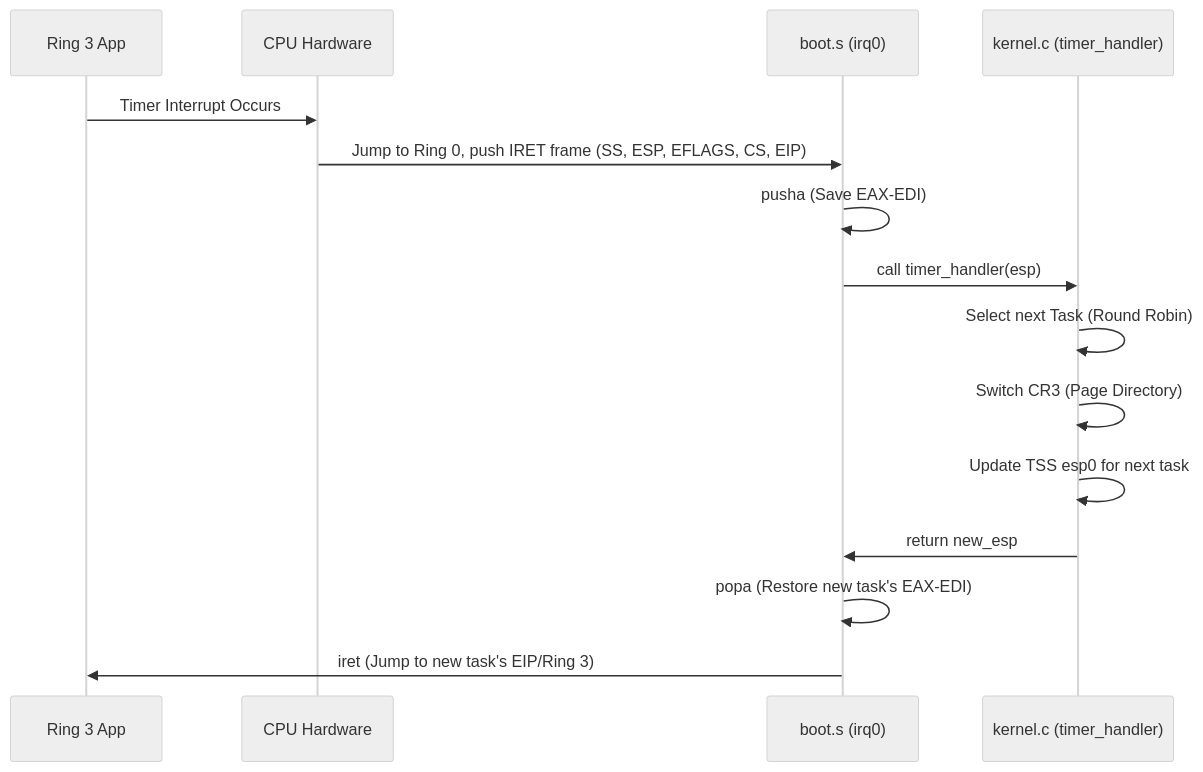
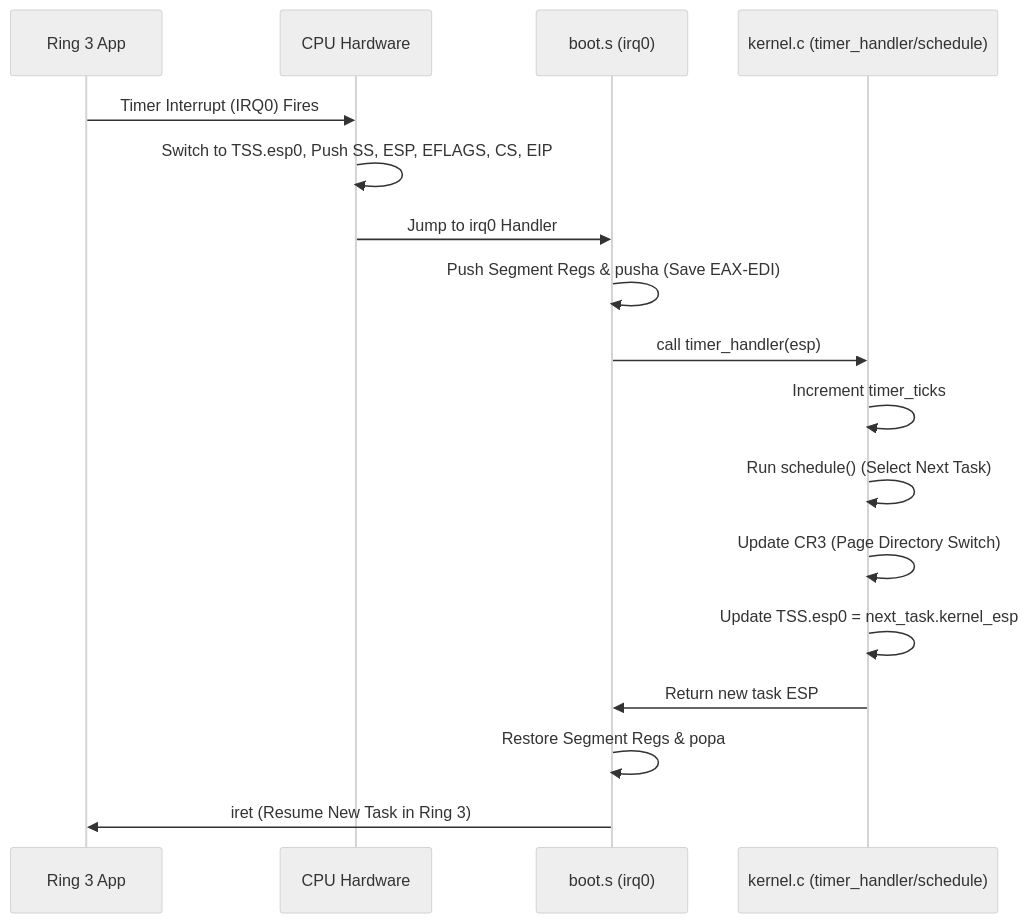
Before and after one commit to LFM57/sOS_Simple-Operating-System: the diagram in TECHNICAL_DETAILS.md, drawn with Mermaid (neutral theme). The commit also changed other lines of this file and 2 other files, not shown here.

````diff
--- a/TECHNICAL_DETAILS.md
+++ b/TECHNICAL_DETAILS.md
@@ -57,18 +134,20 @@
 ```mermaid
 sequenceDiagram
-    participant App as Ring 3 App
+    participant UserApp as Ring 3 App
     participant CPU as CPU Hardware
-    participant ASM as boot.s (irq0)
-    participant C as kernel.c (timer_handler)
-    
-    App->>CPU: Timer Interrupt Occurs
-    CPU->>ASM: Jump to Ring 0, push IRET frame (SS, ESP, EFLAGS, CS, EIP)
-    ASM->>ASM: pusha (Save EAX-EDI)
-    ASM->>C: call timer_handler(esp)
-    C->>C: Select next Task (Round Robin)
-    C->>C: Switch CR3 (Page Directory)
-    C->>C: Update TSS esp0 for next task
-    C->>ASM: return new_esp
-    ASM->>ASM: popa (Restore new task's EAX-EDI)
-    ASM->>App: iret (Jump to new task's EIP/Ring 3)
+    participant Assembly as boot.s (irq0)
+    participant Scheduler as kernel.c (timer_handler/schedule)
+
+    UserApp->>CPU: Timer Interrupt (IRQ0) Fires
+    CPU->>CPU: Switch to TSS.esp0, Push SS, ESP, EFLAGS, CS, EIP
+    CPU->>Assembly: Jump to irq0 Handler
+    Assembly->>Assembly: Push Segment Regs & pusha (Save EAX-EDI)
+    Assembly->>Scheduler: call timer_handler(esp)
+    Scheduler->>Scheduler: Increment timer_ticks
+    Scheduler->>Scheduler: Run schedule() (Select Next Task)
+    Scheduler->>Scheduler: Update CR3 (Page Directory Switch)
+    Scheduler->>Scheduler: Update TSS.esp0 = next_task.kernel_esp
+    Scheduler->>Assembly: Return new task ESP
+    Assembly->>Assembly: Restore Segment Regs & popa
+    Assembly->>UserApp: iret (Resume New Task in Ring 3)
 ```
````
